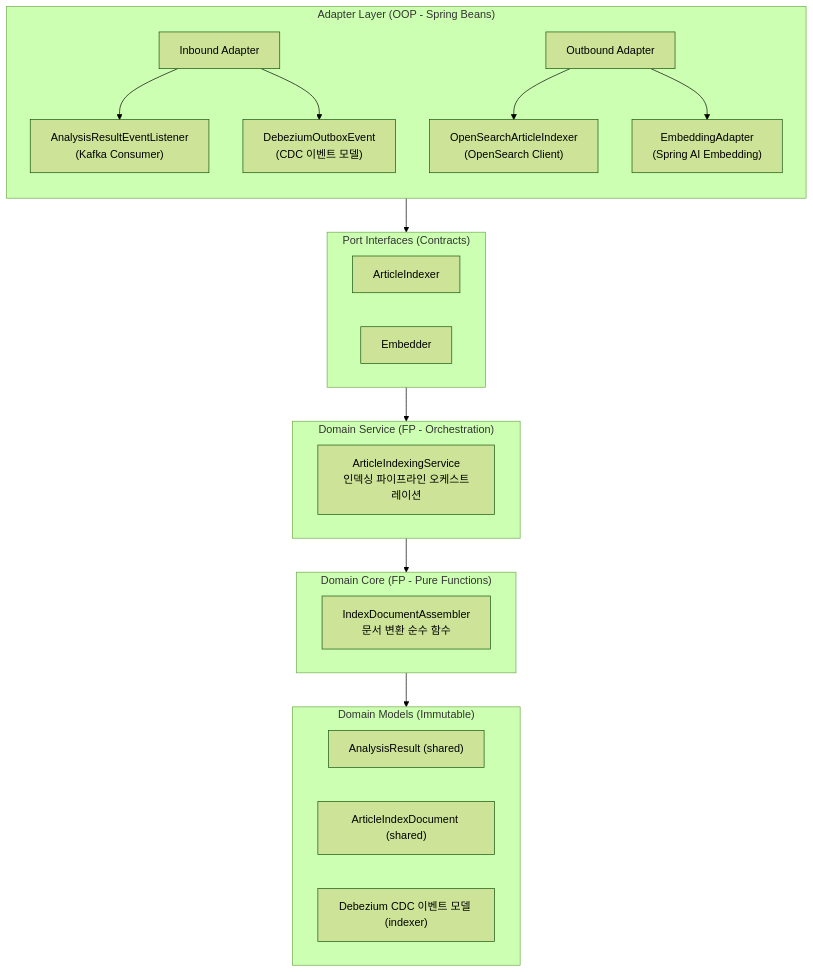
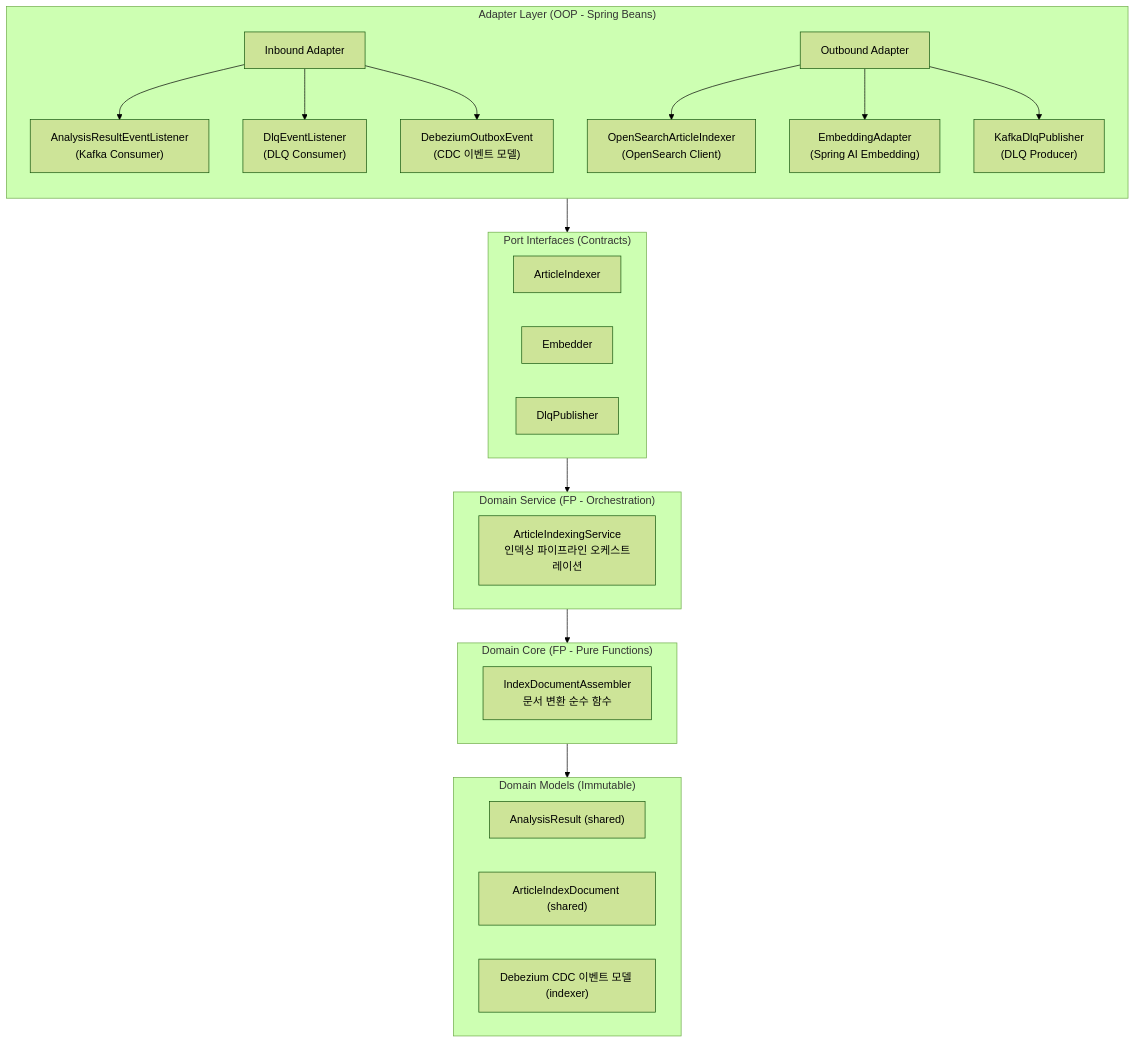
The third of 3 diagrams in indexer/ARCHITECTURE.md (vonkernel/local-incident-tracker), drawn with Mermaid (forest theme) before and after one commit. The commit also changed other lines of this file, not shown here.

First line of the commit message:
Update indexer ARCHITECTURE.md with DLQ documentation

````diff
--- a/indexer/ARCHITECTURE.md
+++ b/indexer/ARCHITECTURE.md
@@ -102,36 +107,39 @@
 ```mermaid
 graph TB
     subgraph Adapter_Layer ["Adapter Layer (OOP - Spring Beans)"]
         direction TB
         IN["Inbound Adapter"]
         OUT["Outbound Adapter"]
         IN --> IN1["AnalysisResultEventListener<br/>(Kafka Consumer)"]
-        IN --> IN2["DebeziumOutboxEvent<br/>(CDC 이벤트 모델)"]
+        IN --> IN2["DlqEventListener<br/>(DLQ Consumer)"]
+        IN --> IN3["DebeziumOutboxEvent<br/>(CDC 이벤트 모델)"]
         OUT --> OUT1["OpenSearchArticleIndexer<br/>(OpenSearch Client)"]
         OUT --> OUT2["EmbeddingAdapter<br/>(Spring AI Embedding)"]
+        OUT --> OUT3["KafkaDlqPublisher<br/>(DLQ Producer)"]
     end
 
     subgraph Port ["Port Interfaces (Contracts)"]
         P1["ArticleIndexer"]
         P2["Embedder"]
+        P3["DlqPublisher"]
     end
 
     subgraph Service ["Domain Service (FP - Orchestration)"]
         S1["ArticleIndexingService<br/>인덱싱 파이프라인 오케스트레이션"]
     end
 
     subgraph Core ["Domain Core (FP - Pure Functions)"]
         C1["IndexDocumentAssembler<br/>문서 변환 순수 함수"]
     end
 
     subgraph Models ["Domain Models (Immutable)"]
         M1["AnalysisResult (shared)"]
         M2["ArticleIndexDocument (shared)"]
         M3["Debezium CDC 이벤트 모델 (indexer)"]
     end
 
     Adapter_Layer --> Port
     Port --> Service
     Service --> Core
     Core --> Models
 ```
````
